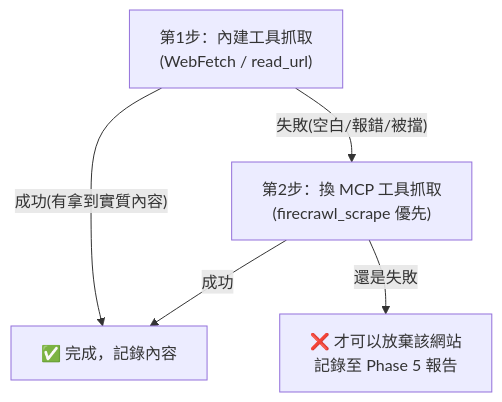
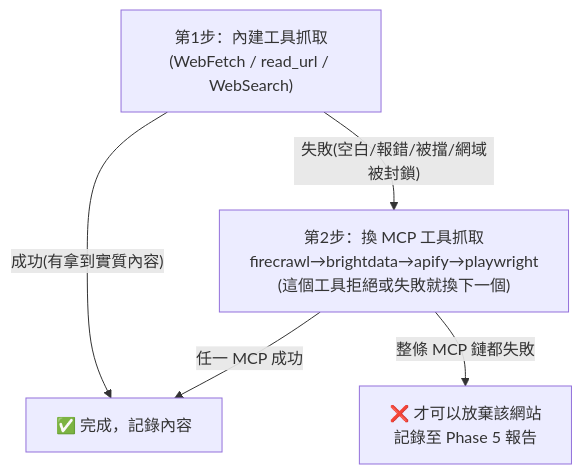
Before and after one commit to a9303001/FinancialReport: the second of 2 diagrams in .agents/skills/CollectsentimentAndReports/SKILL.md, drawn with Mermaid. The commit also changed other lines of this file, not shown here.

````diff
--- a/.agents/skills/CollectsentimentAndReports/SKILL.md
+++ b/.agents/skills/CollectsentimentAndReports/SKILL.md
@@ -257,7 +259,7 @@
 ```mermaid
 graph TD
-    A["第1步：內建工具抓取<br>(WebFetch / read_url)"] -->|"成功(有拿到實質內容)"| S["✅ 完成，記錄內容"]
-    A -->|"失敗(空白/報錯/被擋)"| C["第2步：換 MCP 工具抓取<br>(firecrawl_scrape 優先)"]
-    C -->|成功| S
-    C -->|"還是失敗"| F["❌ 才可以放棄該網站<br>記錄至 Phase 5 報告"]
+    A["第1步：內建工具抓取<br>(WebFetch / read_url / WebSearch)"] -->|"成功(有拿到實質內容)"| S["✅ 完成，記錄內容"]
+    A -->|"失敗(空白/報錯/被擋/網域被封鎖)"| C["第2步：換 MCP 工具抓取<br>firecrawl→brightdata→apify→playwright<br>(這個工具拒絕或失敗就換下一個)"]
+    C -->|"任一 MCP 成功"| S
+    C -->|"整條 MCP 鏈都失敗"| F["❌ 才可以放棄該網站<br>記錄至 Phase 5 報告"]
 ```
````
